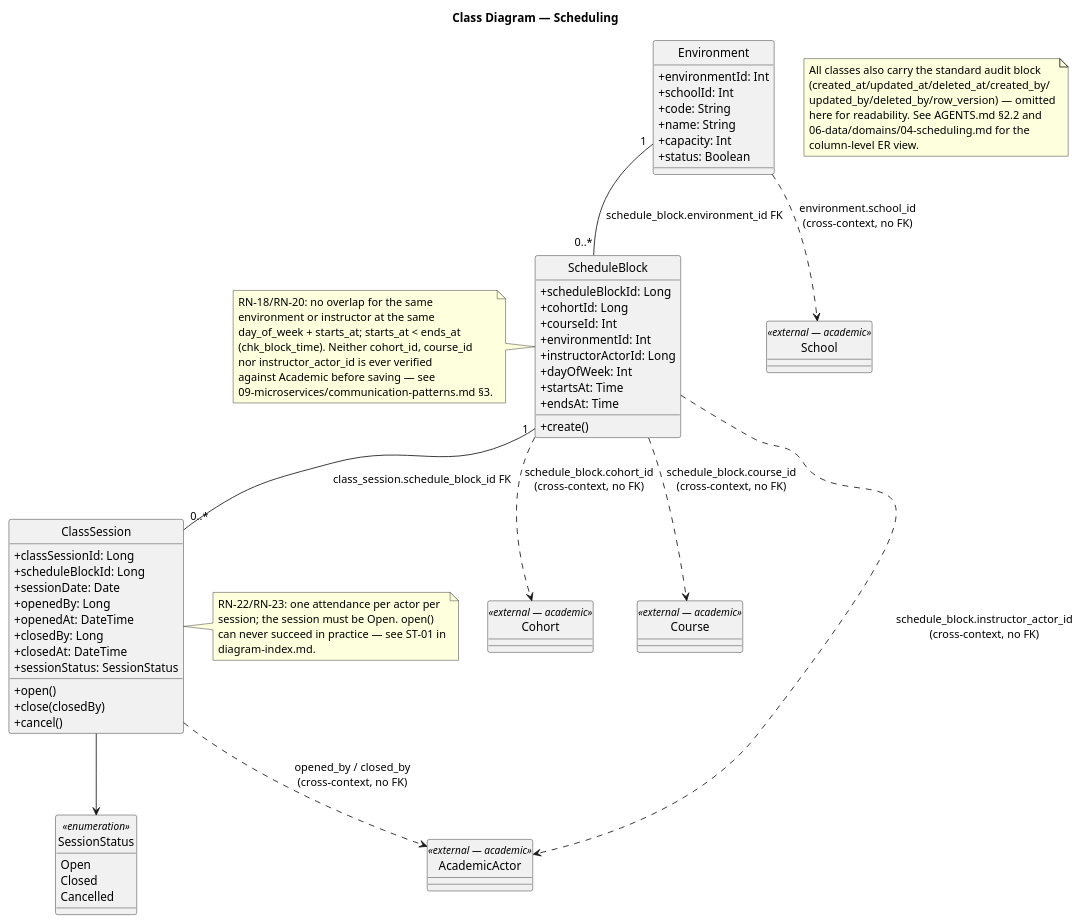
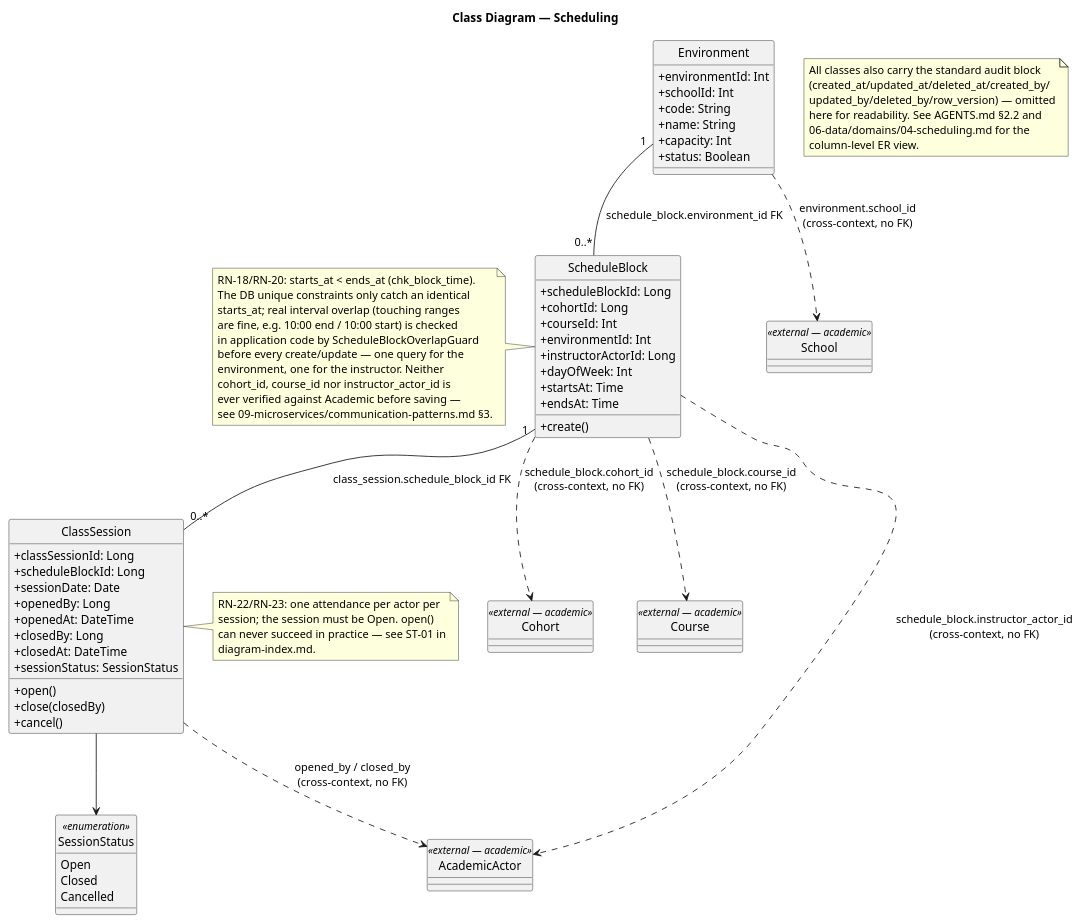
Before and after one commit to code-sena/fae-docs: the diagram in 08-uml/diagrams/source/cls-scheduling.puml, drawn with PlantUML.

Commit message:
fix(uml): correct the schedule block overlap mechanism in scheduling class diagram

```diff
--- a/08-uml/diagrams/source/cls-scheduling.puml
+++ b/08-uml/diagrams/source/cls-scheduling.puml
@@ -1,93 +1,96 @@
 @startuml cls-scheduling
 title Class Diagram — Scheduling
 
 skinparam classAttributeIconSize 0
 hide circle
 
 class School <<external — academic>> {
 }
 class Cohort <<external — academic>> {
 }
 class Course <<external — academic>> {
 }
 class AcademicActor <<external — academic>> {
 }
 
 enum SessionStatus <<enumeration>> {
   Open
   Closed
   Cancelled
 }
 
 class Environment {
   +environmentId: Int
   +schoolId: Int
   +code: String
   +name: String
   +capacity: Int
   +status: Boolean
 }
 
 class ScheduleBlock {
   +scheduleBlockId: Long
   +cohortId: Long
   +courseId: Int
   +environmentId: Int
   +instructorActorId: Long
   +dayOfWeek: Int
   +startsAt: Time
   +endsAt: Time
   +create()
 }
 
 class ClassSession {
   +classSessionId: Long
   +scheduleBlockId: Long
   +sessionDate: Date
   +openedBy: Long
   +openedAt: DateTime
   +closedBy: Long
   +closedAt: DateTime
   +sessionStatus: SessionStatus
   +open()
   +close(closedBy)
   +cancel()
 }
 
 Environment "1" -- "0..*" ScheduleBlock : schedule_block.environment_id FK
 ScheduleBlock "1" -- "0..*" ClassSession : class_session.schedule_block_id FK
 ClassSession --> SessionStatus
 
 Environment ..> School : environment.school_id\n(cross-context, no FK)
 ScheduleBlock ..> Cohort : schedule_block.cohort_id\n(cross-context, no FK)
 ScheduleBlock ..> Course : schedule_block.course_id\n(cross-context, no FK)
 ScheduleBlock ..> AcademicActor : schedule_block.instructor_actor_id\n(cross-context, no FK)
 ClassSession ..> AcademicActor : opened_by / closed_by\n(cross-context, no FK)
 
 note left of ScheduleBlock
-  RN-18/RN-20: no overlap for the same
-  environment or instructor at the same
-  day_of_week + starts_at; starts_at < ends_at
-  (chk_block_time). Neither cohort_id, course_id
-  nor instructor_actor_id is ever verified
-  against Academic before saving — see
-  09-microservices/communication-patterns.md §3.
+  RN-18/RN-20: starts_at < ends_at (chk_block_time).
+  The DB unique constraints only catch an identical
+  starts_at; real interval overlap (touching ranges
+  are fine, e.g. 10:00 end / 10:00 start) is checked
+  in application code by ScheduleBlockOverlapGuard
+  before every create/update — one query for the
+  environment, one for the instructor. Neither
+  cohort_id, course_id nor instructor_actor_id is
+  ever verified against Academic before saving —
+  see 09-microservices/communication-patterns.md §3.
 end note
 
 note right of ClassSession
   RN-22/RN-23: one attendance per actor per
   session; the session must be Open. open()
   can never succeed in practice — see ST-01 in
   diagram-index.md.
 end note
 
 note as N1
   All classes also carry the standard audit block
   (created_at/updated_at/deleted_at/created_by/
   updated_by/deleted_by/row_version) — omitted
   here for readability. See AGENTS.md §2.2 and
   06-data/domains/04-scheduling.md for the
   column-level ER view.
 end note
 
 @enduml
```
